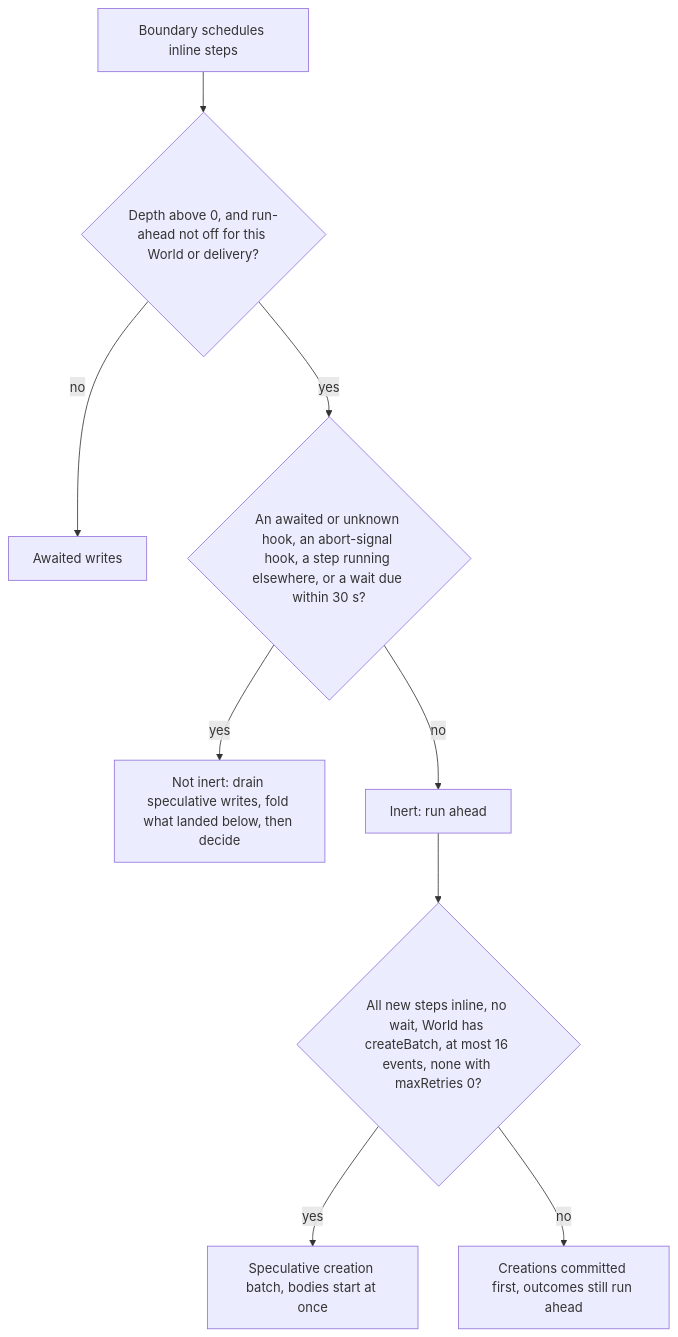
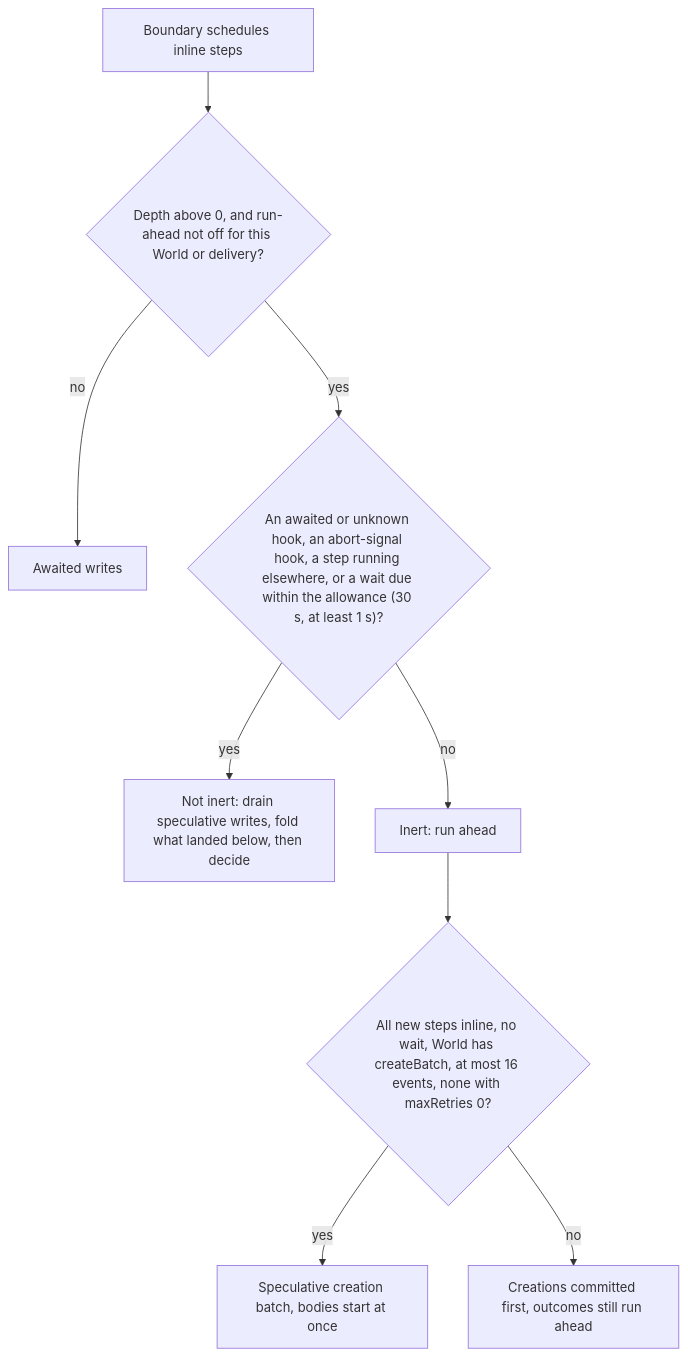
One commit to vercel/workflow changed the fourth of 21 diagrams in packages/core/src/runtime/spec9/README.md. Above: the diagram before and after it, drawn with Mermaid. The commit also changed other lines of this file and 5 other files, not shown here.

Commit message:
[core] PoC: one helper for run-ahead's wait window with a 1 s floor; test a wait coming due mid-run-ahead

````diff
--- a/packages/core/src/runtime/spec9/README.md
+++ b/packages/core/src/runtime/spec9/README.md
@@ -462,11 +462,11 @@
 ```mermaid
 flowchart TD
     A["Boundary schedules inline steps"] --> B{"Depth above 0, and run-ahead not off for this World or delivery?"}
     B -->|"no"| AW["Awaited writes"]
-    B -->|"yes"| C{"An awaited or unknown hook, an abort-signal hook, a step running elsewhere, or a wait due within 30 s?"}
+    B -->|"yes"| C{"An awaited or unknown hook, an abort-signal hook, a step running elsewhere, or a wait due within the allowance (30 s, at least 1 s)?"}
     C -->|"yes"| DR["Not inert: drain speculative writes, fold what landed below, then decide"]
     C -->|"no"| G["Inert: run ahead"]
     G --> H{"All new steps inline, no wait, World has createBatch, at most 16 events, none with maxRetries 0?"}
     H -->|"yes"| SC["Speculative creation batch, bodies start at once"]
     H -->|"no"| PC["Creations committed first, outcomes still run ahead"]
 ```
````
